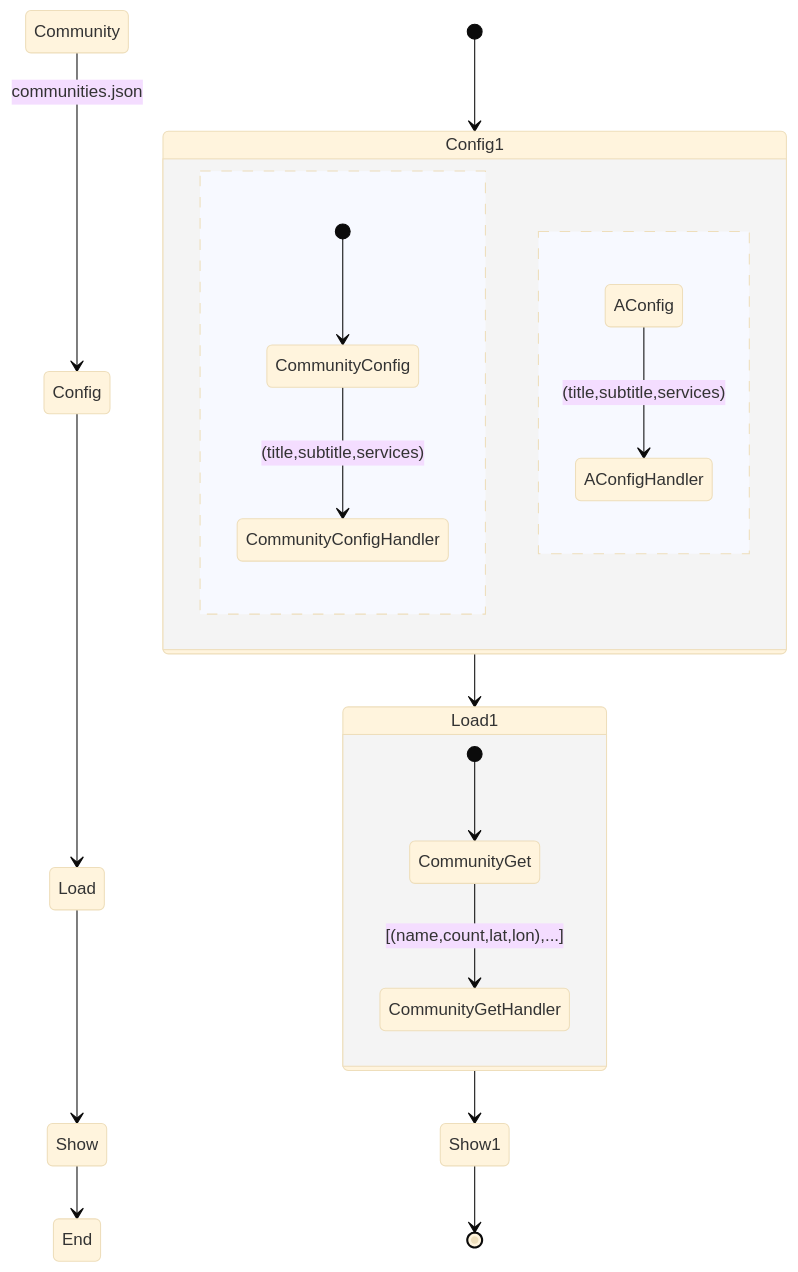
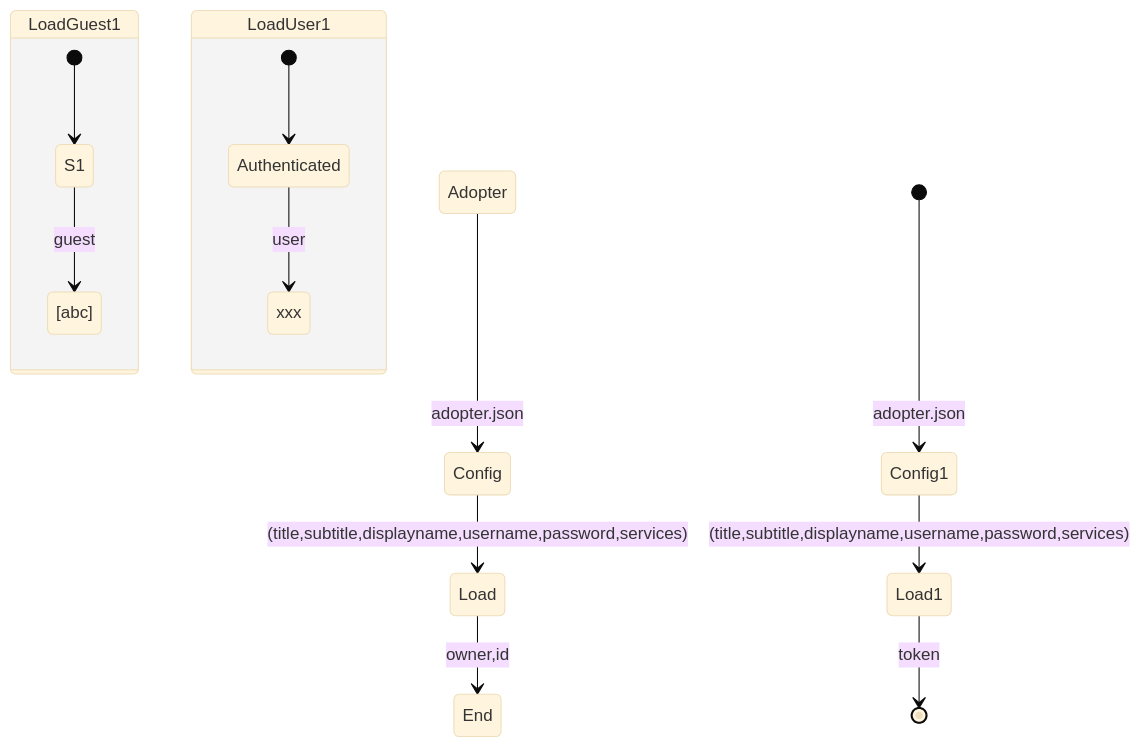
One commit to Wilfongjt/lb-A changed the first of 4 diagrams in README.md. Above: the diagram before and after it, drawn with Mermaid.

````diff
--- a/README.md
+++ b/README.md
@@ -5,32 +5,27 @@
 ```mermaid
 %%{init: {'securityLevel': 'loose', 'theme':'base'}}%%
 stateDiagram
  
 
  
     
-        state Config1 {
-            [*] --> CommunityConfig
-    CommunityConfig --> CommunityConfigHandler : (title,subtitle,services)
-        
-    --
+    
+    state LoadGuest1 {
+        [*] --> S1
+        S1 --> [abc] : guest
 
-
-        AConfig --> AConfigHandler : (title,subtitle,services)
-        }
-        state Load1 {
-            [*] --> CommunityGet
-    CommunityGet --> CommunityGetHandler : [(name,count,lat,lon),...]
-        }
-    
+    }
+    state LoadUser1 {
+       
+        [*] --> Authenticated
+        Authenticated --> xxx : user
+    }
  
-        Community --> Config : communities.json
-        Config --> Load 
-        Load --> Show 
-        Show --> End 
+    Adopter --> Config : adopter.json
+    Config --> Load : (title,subtitle,displayname,username,password,services)
+    Load --> End : owner,id
  
-        [*] --> Config1
-        Config1 --> Load1
-        Load1 --> Show1
-        Show1 --> [*]
+    [*] --> Config1 : adopter.json
+    Config1 --> Load1 : (title,subtitle,displayname,username,password,services)
+    Load1 --> [*] : token
 ```
````
